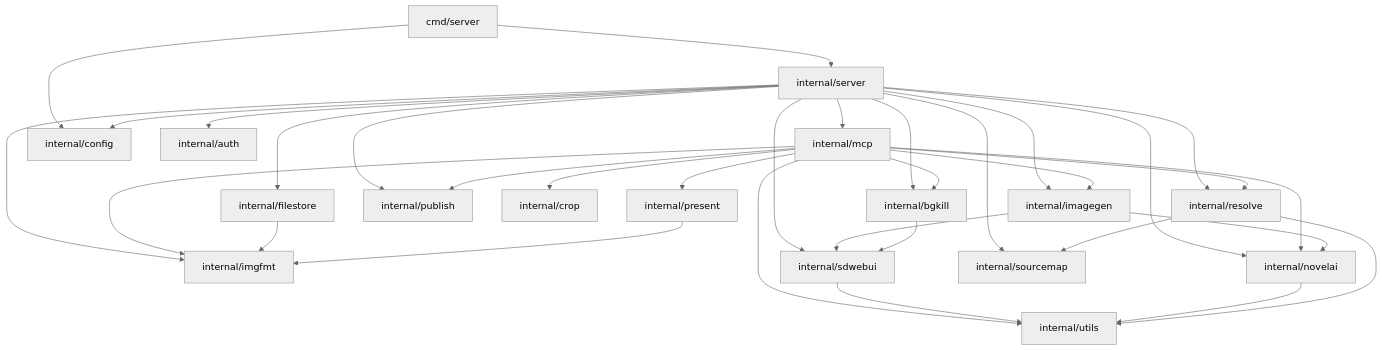
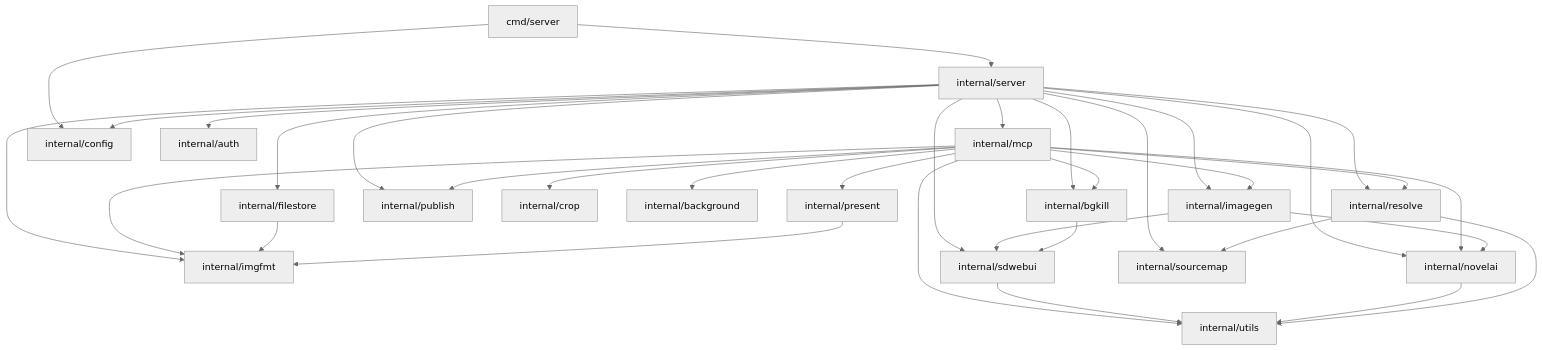
One commit to wishmatic/neo-mcp changed the diagram in AGENTS.md. Above: the diagram before and after it, drawn with Mermaid (neutral theme). The commit also changed 11 other files, not shown here.

````diff
--- a/AGENTS.md
+++ b/AGENTS.md
@@ -75,57 +75,59 @@
 ```mermaid
 flowchart TD
     cmd["cmd/server"]
     server["internal/server"]
     mcp["internal/mcp"]
     imagegen["internal/imagegen"]
     bgkill["internal/bgkill"]
     present["internal/present"]
     publish["internal/publish"]
     crop["internal/crop"]
+    background["internal/background"]
     imgfmt["internal/imgfmt"]
     sdwebui["internal/sdwebui"]
     novelai["internal/novelai"]
     sourcemap["internal/sourcemap"]
     resolve["internal/resolve"]
     filestore["internal/filestore"]
     config["internal/config"]
     auth["internal/auth"]
     utils["internal/utils"]
 
     cmd --> server
     cmd --> config
 
     server --> mcp
     server --> imagegen
     server --> bgkill
     server --> publish
     server --> auth
     server --> config
     server --> sdwebui
     server --> novelai
     server --> resolve
     server --> filestore
     server --> imgfmt
     server --> sourcemap
 
     mcp --> imagegen
     mcp --> bgkill
     mcp --> crop
+    mcp --> background
     mcp --> present
     mcp --> publish
     mcp --> imgfmt
     mcp --> novelai
     mcp --> resolve
     mcp --> utils
 
     imagegen --> sdwebui
     imagegen --> novelai
     bgkill --> sdwebui
     filestore --> imgfmt
     present --> imgfmt
 
     sdwebui --> utils
     novelai --> utils
     resolve --> sourcemap
     resolve --> utils
 ```
````
